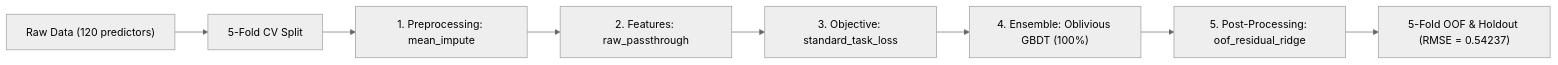
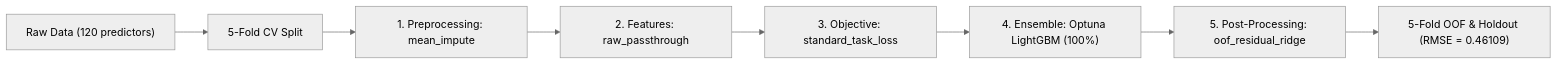
One commit to stefanoclss/UM-Game-Playing-Strength-of-MCTS-Variants changed the diagram in README.md. Above: the diagram before and after it, drawn with Mermaid (neutral theme). The commit also changed other lines of this file, not shown here.

First line of the commit message:
docs(readme): refresh verified OOF benchmark & build ledger (RMSE=0.46109)

````diff
--- a/README.md
+++ b/README.md
@@ -72,10 +75,10 @@
 ```mermaid
 flowchart LR
     DATA["Raw Data (120 predictors)"] --> SPLIT["5-Fold CV Split"]
     SPLIT --> PRE["1. Preprocessing: mean_impute"]
     PRE --> FEAT["2. Features: raw_passthrough"]
     FEAT --> OBJ["3. Objective: standard_task_loss"]
-    OBJ --> M0["4. Ensemble: Oblivious GBDT (100%)"]
+    OBJ --> M0["4. Ensemble: Optuna LightGBM (100%)"]
     M0 --> POST["5. Post-Processing: oof_residual_ridge"]
-    POST --> OUT["5-Fold OOF & Holdout (RMSE = 0.54237)"]
+    POST --> OUT["5-Fold OOF & Holdout (RMSE = 0.46109)"]
 ```
````
